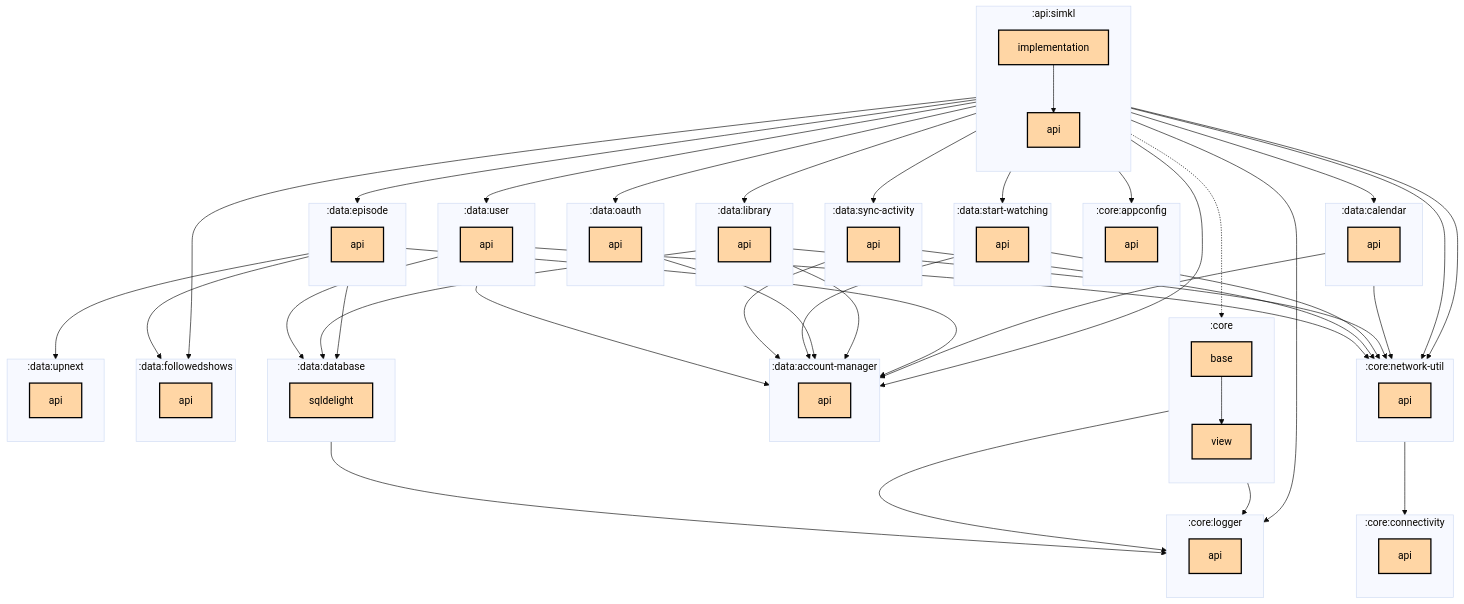
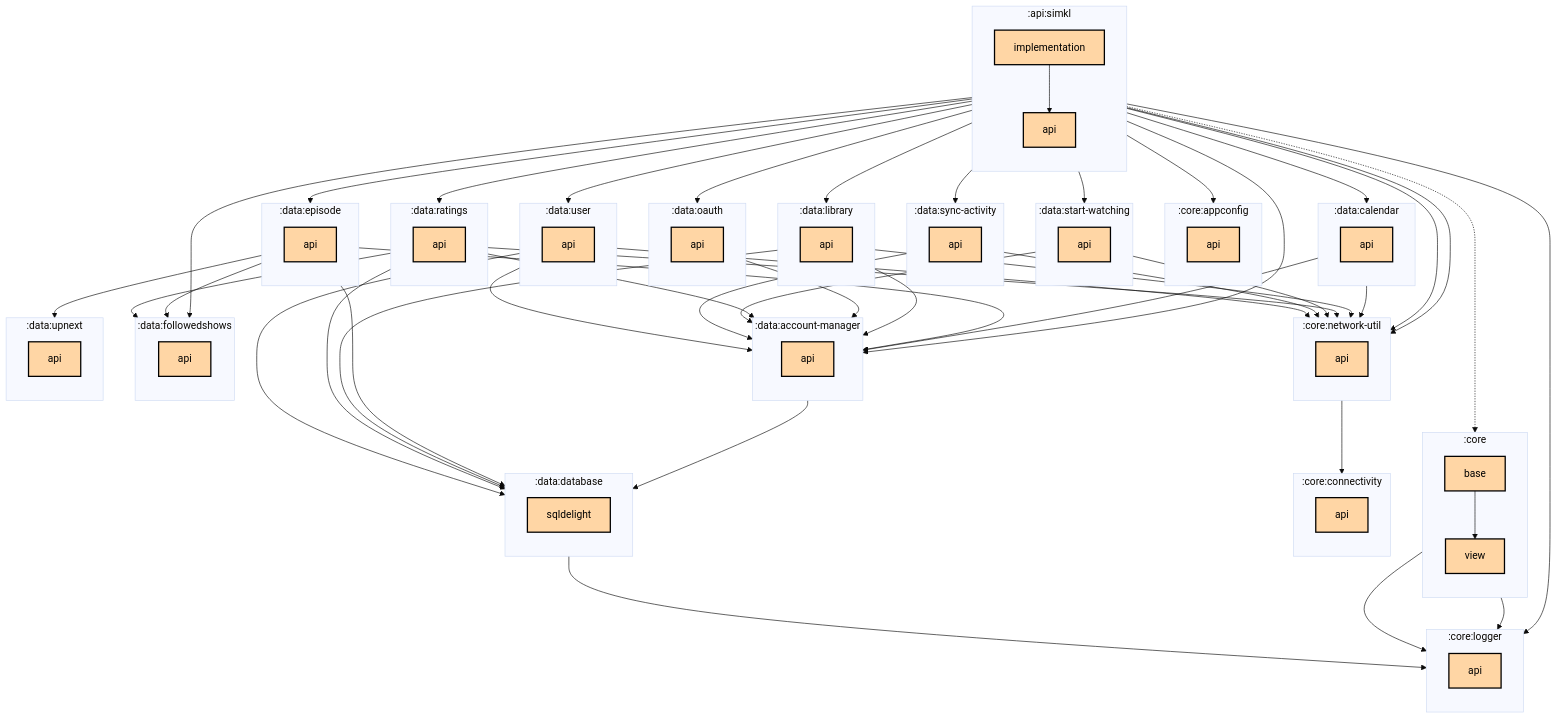
Before and after one commit to thomaskioko/tv-maniac: the first of 2 diagrams in api/simkl/implementation/README.md, drawn with Mermaid (base theme). The commit also changed 105 other files, not shown here.

Commit message:
🤖 Update module graphs

```diff
--- a/api/simkl/implementation/README.md
+++ b/api/simkl/implementation/README.md
@@ -59,6 +59,10 @@
     direction TB
     :data:oauth:api[api]:::multiplatform
   end
+  subgraph :data:ratings
+    direction TB
+    :data:ratings:api[api]:::multiplatform
+  end
   subgraph :data:start-watching
     direction TB
     :data:start-watching:api[api]:::multiplatform
@@ -88,6 +92,7 @@
   :api:simkl:implementation --> :data:followedshows:api
   :api:simkl:implementation --> :data:library:api
   :api:simkl:implementation --> :data:oauth:api
+  :api:simkl:implementation --> :data:ratings:api
   :api:simkl:implementation --> :data:start-watching:api
   :api:simkl:implementation --> :data:sync-activity:api
   :api:simkl:implementation --> :data:user:api
@@ -95,6 +100,7 @@
   :core:base --> :core:view
   :core:network-util:api --> :core:connectivity:api
   :core:view --> :core:logger:api
+  :data:account-manager:api --> :data:database:sqldelight
   :data:calendar:api --> :core:network-util:api
   :data:calendar:api --> :data:account-manager:api
   :data:database:sqldelight --> :core:logger:api
@@ -106,6 +112,10 @@
   :data:library:api --> :data:account-manager:api
   :data:library:api --> :data:database:sqldelight
   :data:oauth:api --> :data:account-manager:api
+  :data:ratings:api --> :core:network-util:api
+  :data:ratings:api --> :data:account-manager:api
+  :data:ratings:api --> :data:database:sqldelight
+  :data:ratings:api --> :data:followedshows:api
   :data:start-watching:api --> :core:network-util:api
   :data:start-watching:api --> :data:account-manager:api
   :data:sync-activity:api --> :core:network-util:api
```
